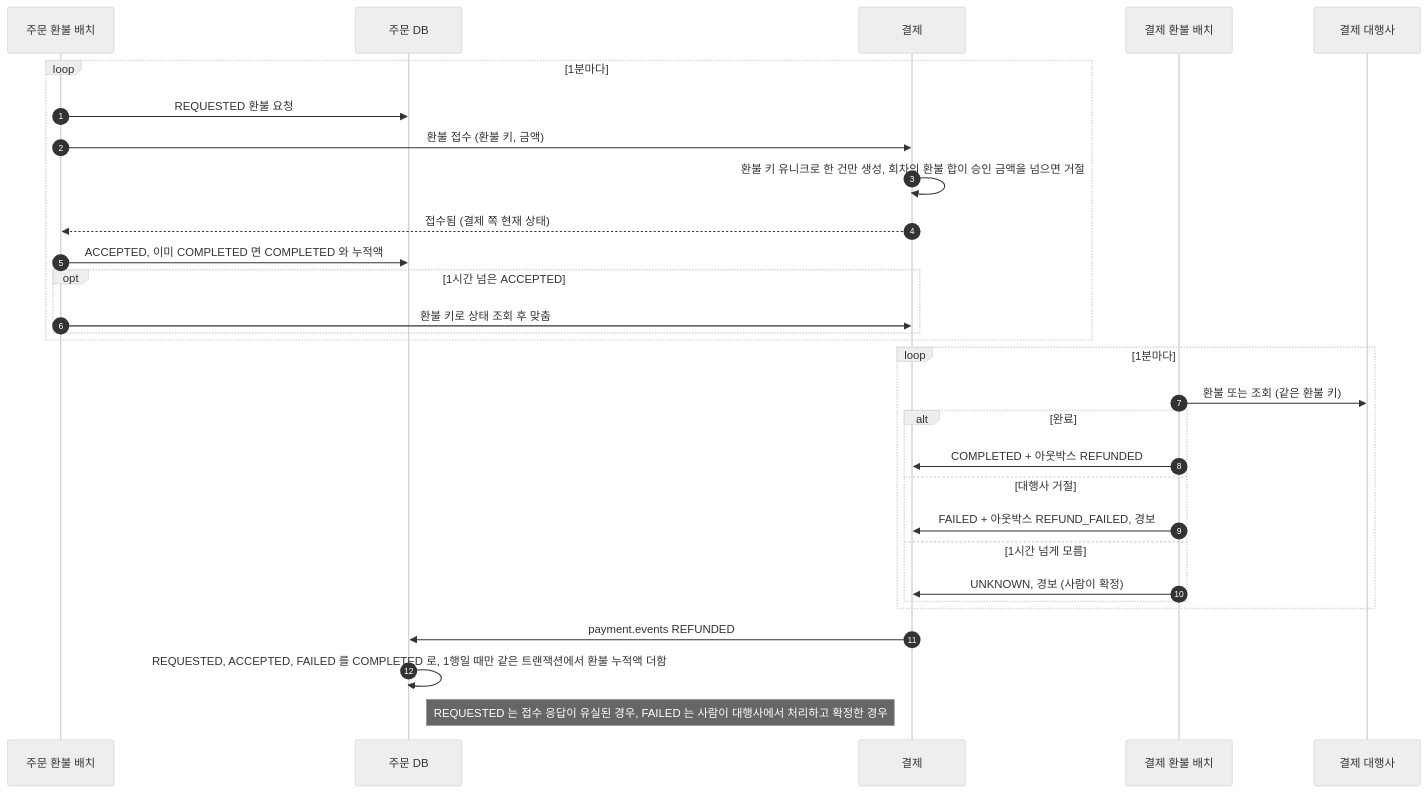
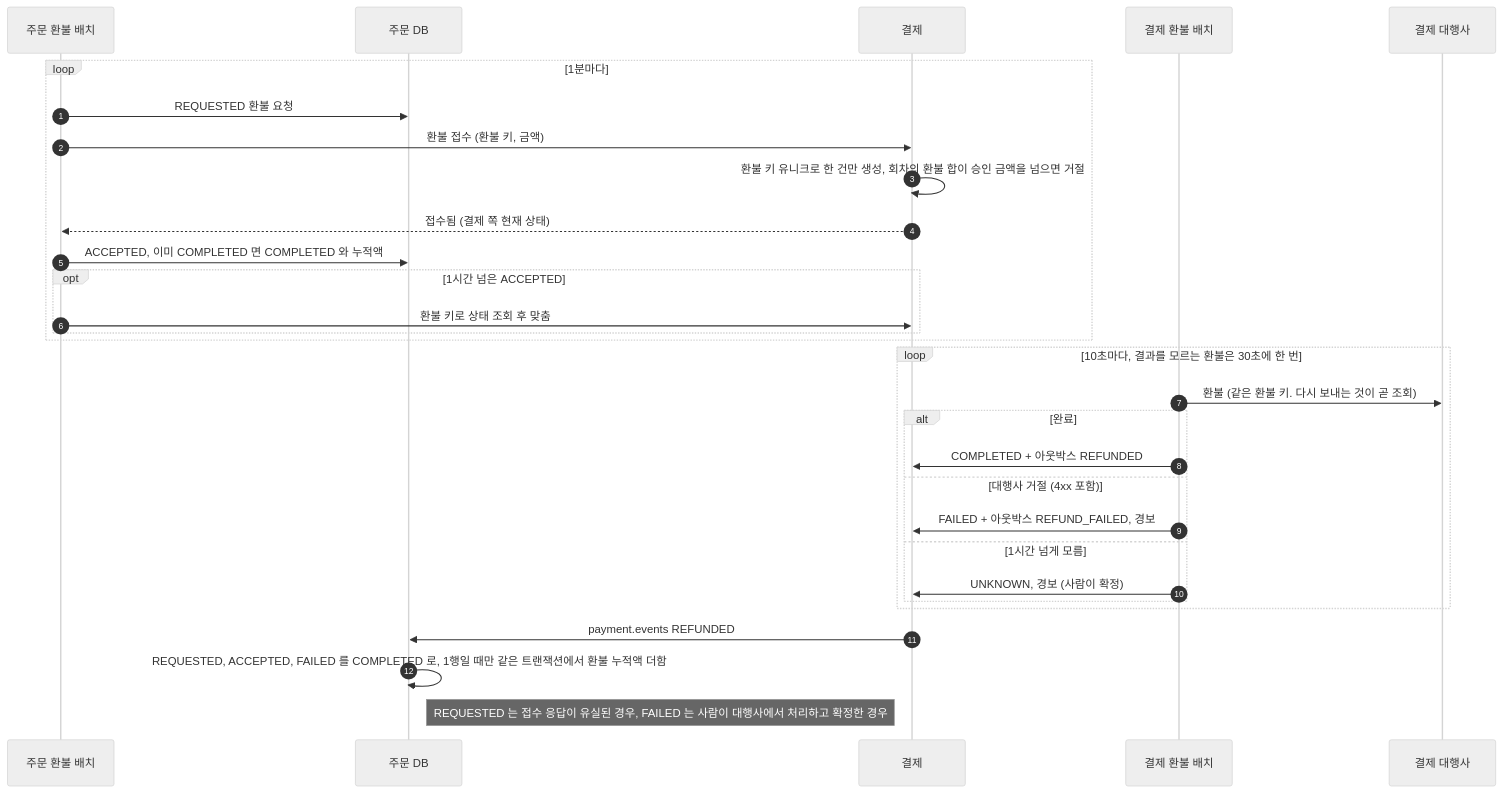
Before and after one commit to Bamdule/dawn-delivery-commerce: the second of 4 diagrams in docs/sequence/04-취소와-환불.md, drawn with Mermaid (neutral theme). The commit also changed 12 other files, not shown here.

````diff
--- a/docs/sequence/04-취소와-환불.md
+++ b/docs/sequence/04-취소와-환불.md
@@ -45,35 +45,35 @@
 ```mermaid
 sequenceDiagram
     autonumber
     participant 주문배치 as 주문 환불 배치
     participant 주문 as 주문 DB
     participant 결제
     participant 결제배치 as 결제 환불 배치
     participant 대행사 as 결제 대행사
 
     loop 1분마다
         주문배치->>주문: REQUESTED 환불 요청
         주문배치->>결제: 환불 접수 (환불 키, 금액)
         결제->>결제: 환불 키 유니크로 한 건만 생성, 회차의 환불 합이 승인 금액을 넘으면 거절
         결제-->>주문배치: 접수됨 (결제 쪽 현재 상태)
         주문배치->>주문: ACCEPTED, 이미 COMPLETED 면 COMPLETED 와 누적액
         opt 1시간 넘은 ACCEPTED
             주문배치->>결제: 환불 키로 상태 조회 후 맞춤
         end
     end
 
-    loop 1분마다
-        결제배치->>대행사: 환불 또는 조회 (같은 환불 키)
+    loop 10초마다, 결과를 모르는 환불은 30초에 한 번
+        결제배치->>대행사: 환불 (같은 환불 키. 다시 보내는 것이 곧 조회)
         alt 완료
             결제배치->>결제: COMPLETED + 아웃박스 REFUNDED
-        else 대행사 거절
+        else 대행사 거절 (4xx 포함)
             결제배치->>결제: FAILED + 아웃박스 REFUND_FAILED, 경보
         else 1시간 넘게 모름
             결제배치->>결제: UNKNOWN, 경보 (사람이 확정)
         end
     end
 
     결제->>주문: payment.events REFUNDED
     주문->>주문: REQUESTED, ACCEPTED, FAILED 를 COMPLETED 로, 1행일 때만 같은 트랜잭션에서 환불 누적액 더함
     Note right of 주문: REQUESTED 는 접수 응답이 유실된 경우, FAILED 는 사람이 대행사에서 처리하고 확정한 경우
 ```
````
